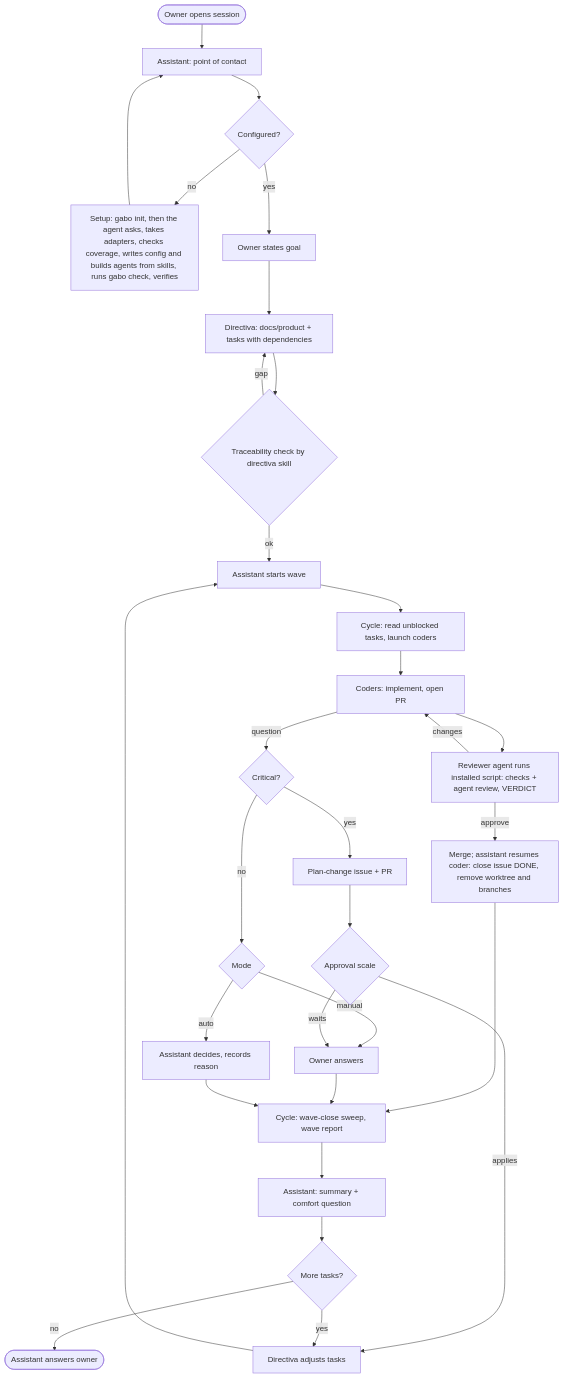
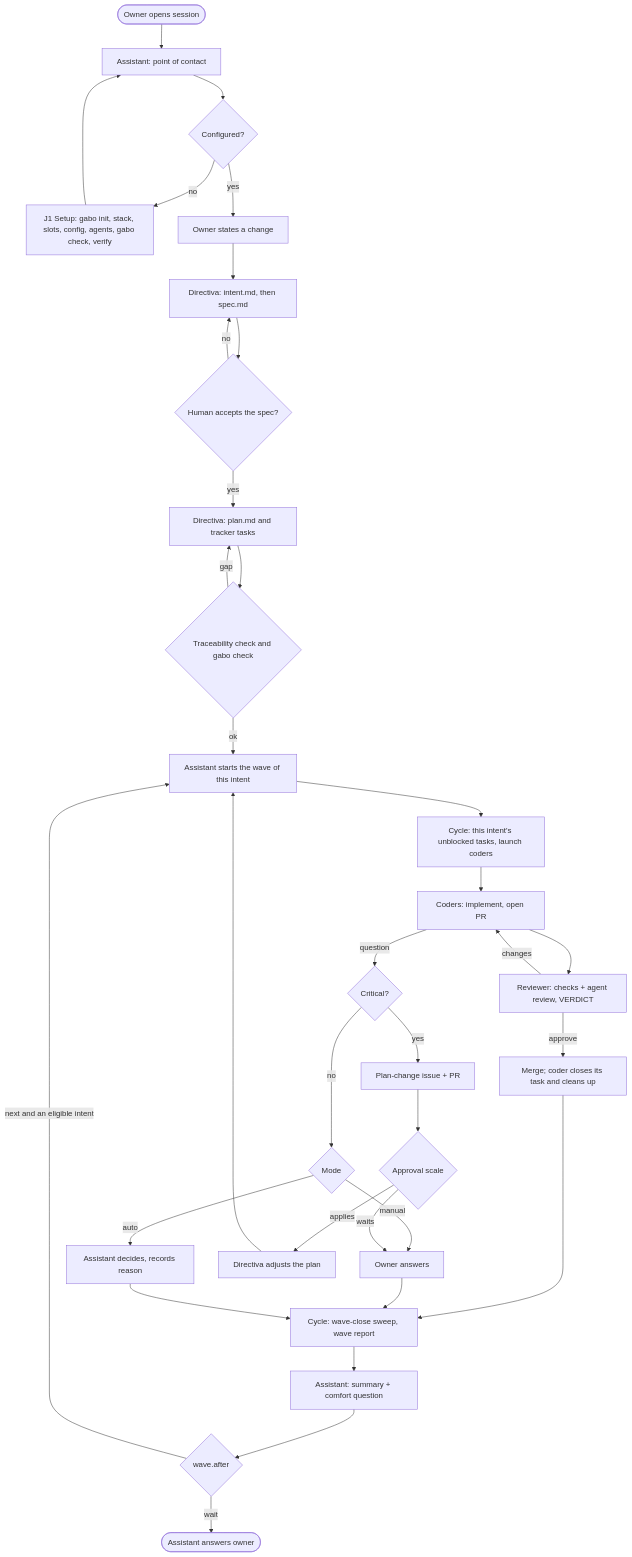
The diagram in docs/product/APP_FLOW.md (testeos-z/gabo-ai), drawn with Mermaid before and after one commit. The commit also changed other lines of this file and 25 other files, not shown here.

Commit message:
docs(product): move gabo-ai docs to the per-change intent model and archive global plans

````diff
--- a/docs/product/APP_FLOW.md
+++ b/docs/product/APP_FLOW.md
@@ -224,33 +161,36 @@
 ```mermaid
 flowchart TD
   start([Owner opens session]) --> asis[Assistant: point of contact]
   asis --> cfg{Configured?}
-  cfg -- no --> setup[Setup: gabo init, then the agent asks, takes adapters, checks coverage, writes config and builds agents from skills, runs gabo check, verifies]
+  cfg -- no --> setup[J1 Setup: gabo init, stack, slots, config, agents, gabo check, verify]
   setup --> asis
-  cfg -- yes --> goal[Owner states goal]
-  goal --> plan[Directiva: docs/product + tasks with dependencies]
-  plan --> trace{Traceability check by directiva skill}
+  cfg -- yes --> change[Owner states a change]
+  change --> intent[Directiva: intent.md, then spec.md]
+  intent --> accept{Human accepts the spec?}
+  accept -- no --> intent
+  accept -- yes --> plan[Directiva: plan.md and tracker tasks]
+  plan --> trace{Traceability check and gabo check}
   trace -- gap --> plan
-  trace -- ok --> wave[Assistant starts wave]
-  wave --> cycle[Cycle: read unblocked tasks, launch coders]
+  trace -- ok --> wave[Assistant starts the wave of this intent]
+  wave --> cycle[Cycle: this intent's unblocked tasks, launch coders]
   cycle --> coders[Coders: implement, open PR]
-  coders --> review[Reviewer agent runs installed script: checks + agent review, VERDICT]
+  coders --> review[Reviewer: checks + agent review, VERDICT]
   review -- changes --> coders
-  review -- approve --> taskclose[Merge; assistant resumes coder: close issue DONE, remove worktree and branches]
+  review -- approve --> taskclose[Merge; coder closes its task and cleans up]
   taskclose --> report[Cycle: wave-close sweep, wave report]
   coders -- question --> q{Critical?}
   q -- no --> mode{Mode}
   mode -- manual --> owner[Owner answers]
   mode -- auto --> rec[Assistant decides, records reason]
   q -- yes --> pc[Plan-change issue + PR]
   pc --> scale{Approval scale}
-  scale -- applies --> adjust
+  scale -- applies --> adjust[Directiva adjusts the plan]
   scale -- waits --> owner
   owner --> report
   rec --> report
+  adjust --> wave
   report --> close[Assistant: summary + comfort question]
-  close --> more{More tasks?}
-  more -- yes --> adjust[Directiva adjusts tasks]
-  adjust --> wave
-  more -- no --> done([Assistant answers owner])
+  close --> after{wave.after}
+  after -- next and an eligible intent --> wave
+  after -- wait --> done([Assistant answers owner])
 ```
````
